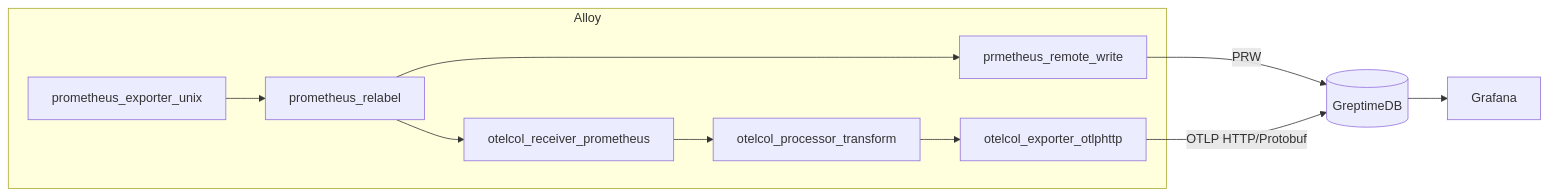
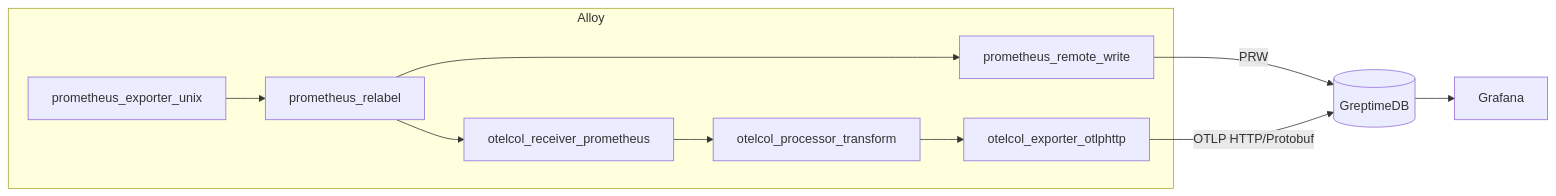
The diagram in grafana-alloy/README.md (GreptimeTeam/demo-scene), drawn with Mermaid before and after one commit.

Commit message:
Apply suggestions from code review

````diff
--- a/grafana-alloy/README.md
+++ b/grafana-alloy/README.md
@@ -73,19 +73,19 @@
 ```mermaid
 flowchart LR
   greptimedb[(GreptimeDB)]
   grafana[Grafana]
 
   subgraph alloy[Alloy]
     prometheus_exporter_unix --> prometheus_relabel
-    prometheus_relabel --> prmetheus_remote_write
+    prometheus_relabel --> prometheus_remote_write
 
     prometheus_relabel --> otelcol_receiver_prometheus
     otelcol_receiver_prometheus --> otelcol_processor_transform
     otelcol_processor_transform --> otelcol_exporter_otlphttp
   end
 
-  prmetheus_remote_write --> |PRW| greptimedb
+  prometheus_remote_write --> |PRW| greptimedb
   otelcol_exporter_otlphttp --> |OTLP HTTP/Protobuf| greptimedb
 
   greptimedb --> grafana
 ```
````
